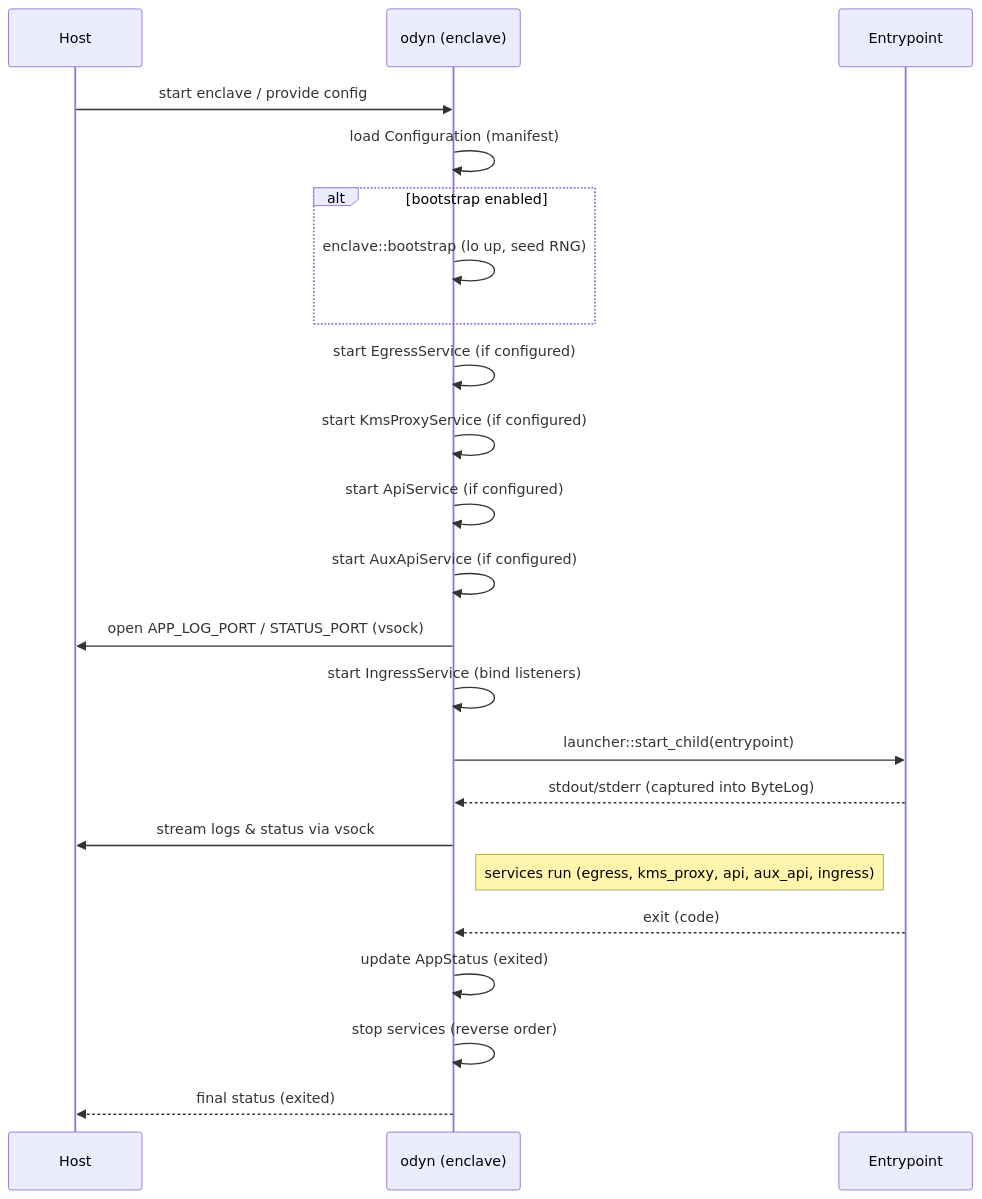
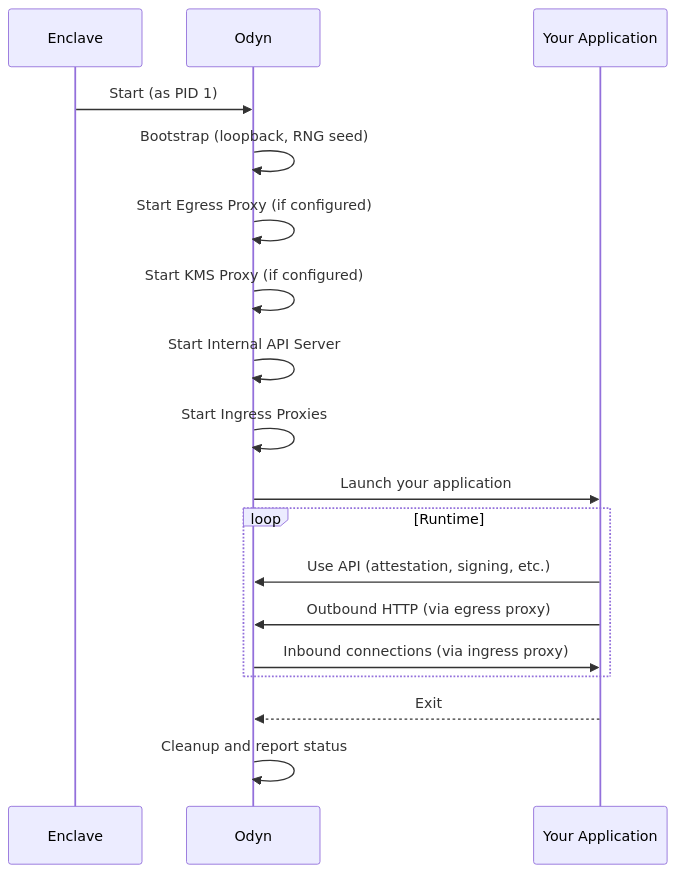
Before and after one commit to sparsity-xyz/nova-enclave-capsule: the diagram in docs/odyn.md, drawn with Mermaid. The commit also changed other lines of this file and 3 other files, not shown here.

````diff
--- a/docs/odyn.md
+++ b/docs/odyn.md
@@ -391,26 +47,23 @@
 ```mermaid
 sequenceDiagram
-  participant Host
-  participant Odyn as odyn (enclave)
-  participant Entrypoint
+    participant Enclave
+    participant Odyn
+    participant App as Your Application
 
-  Host->>Odyn: start enclave / provide config
-  Odyn->>Odyn: load Configuration (manifest)
-  alt bootstrap enabled
-    Odyn->>Odyn: enclave::bootstrap (lo up, seed RNG)
-  end
-  Odyn->>Odyn: start EgressService (if configured)
-  Odyn->>Odyn: start KmsProxyService (if configured)
-  Odyn->>Odyn: start ApiService (if configured)
-  Odyn->>Odyn: start AuxApiService (if configured)
-  Odyn->>Host: open APP_LOG_PORT / STATUS_PORT (vsock)
-  Odyn->>Odyn: start IngressService (bind listeners)
-  Odyn->>Entrypoint: launcher::start_child(entrypoint)
-  Entrypoint-->>Odyn: stdout/stderr (captured into ByteLog)
-  Odyn->>Host: stream logs & status via vsock
-  note right of Odyn: services run (egress, kms_proxy, api, aux_api, ingress)
-  Entrypoint-->>Odyn: exit (code)
-  Odyn->>Odyn: update AppStatus (exited)
-  Odyn->>Odyn: stop services (reverse order)
-  Odyn-->>Host: final status (exited)
+    Enclave->>Odyn: Start (as PID 1)
+    Odyn->>Odyn: Bootstrap (loopback, RNG seed)
+    Odyn->>Odyn: Start Egress Proxy (if configured)
+    Odyn->>Odyn: Start KMS Proxy (if configured)
+    Odyn->>Odyn: Start Internal API Server
+    Odyn->>Odyn: Start Ingress Proxies
+    Odyn->>App: Launch your application
+    
+    loop Runtime
+        App->>Odyn: Use API (attestation, signing, etc.)
+        App->>Odyn: Outbound HTTP (via egress proxy)
+        Odyn->>App: Inbound connections (via ingress proxy)
+    end
+    
+    App-->>Odyn: Exit
+    Odyn->>Odyn: Cleanup and report status
 ```
````
